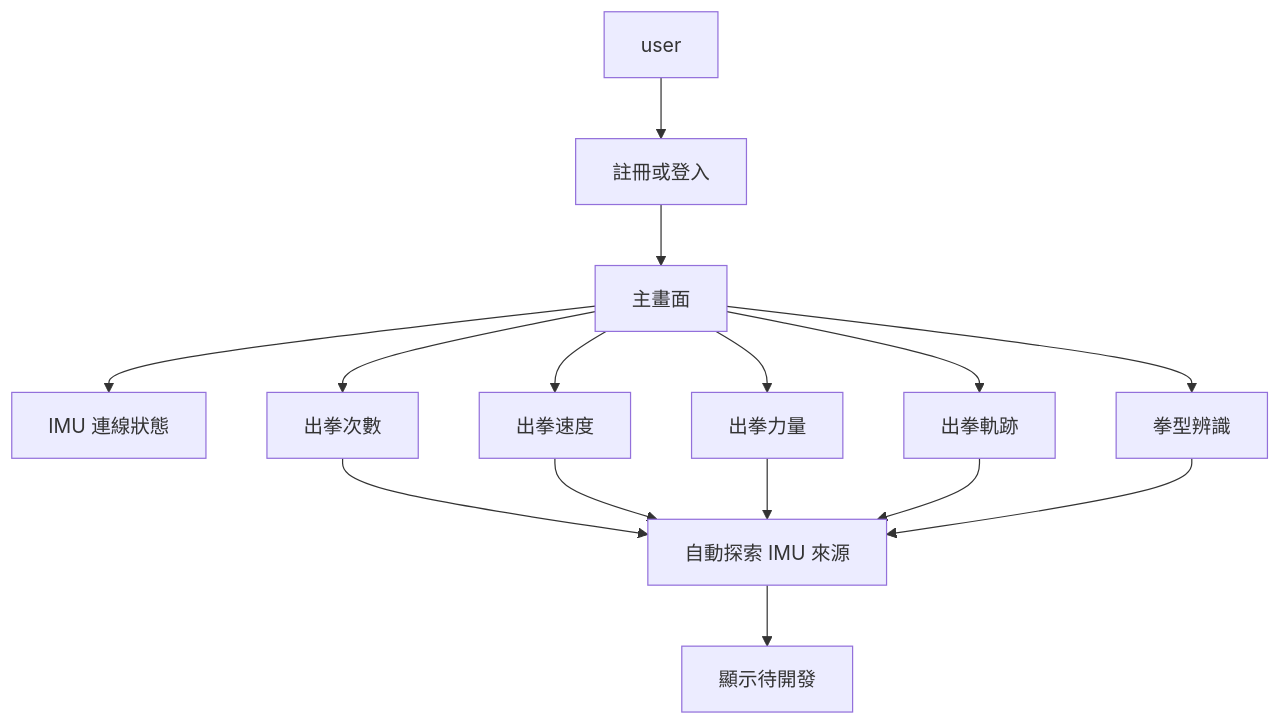
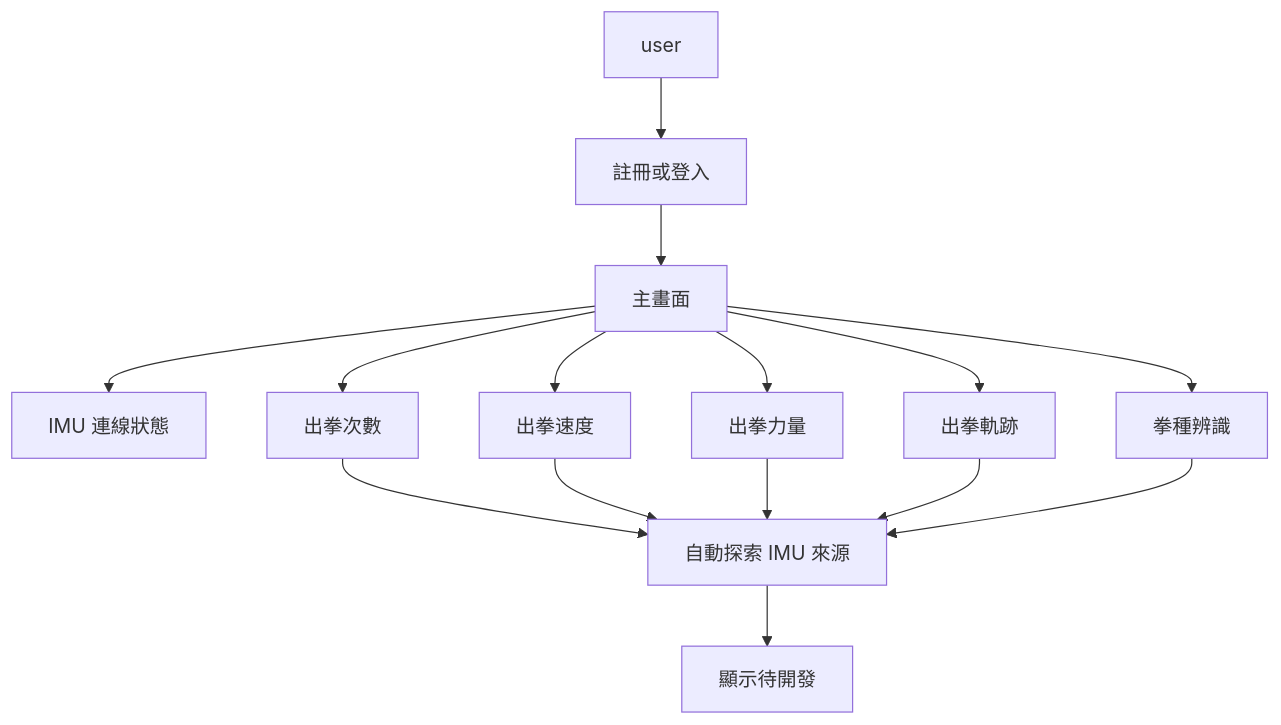
The diagram in openspec/specs/desktop-app-shell/spec.md (conan0220/BAP), drawn with Mermaid before and after one commit. The commit also changed other lines of this file and 14 other files, not shown here.

````diff
--- a/openspec/specs/desktop-app-shell/spec.md
+++ b/openspec/specs/desktop-app-shell/spec.md
@@ -19,13 +21,13 @@
 ```mermaid
 flowchart TD
     U[user] --> LOGIN[註冊或登入]
     LOGIN --> HOME[主畫面]
     HOME --> DIAG[IMU 連線狀態]
     HOME --> COUNT[出拳次數]
     HOME --> SPEED[出拳速度]
     HOME --> FORCE[出拳力量]
     HOME --> PATH[出拳軌跡]
-    HOME --> TYPE[拳型辨識]
+    HOME --> TYPE[拳種辨識]
     COUNT & SPEED & FORCE & PATH & TYPE --> DISCOVERY[自動探索 IMU 來源]
     DISCOVERY --> PENDING[顯示待開發]
 ```
````
